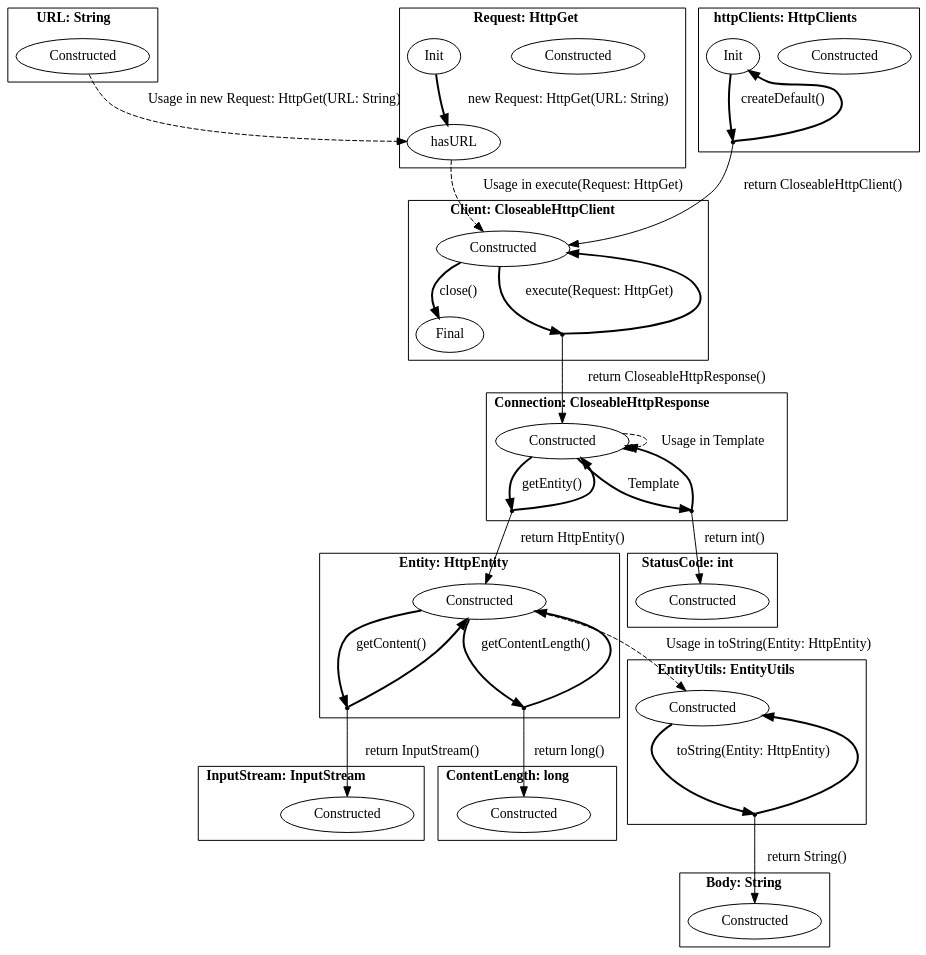
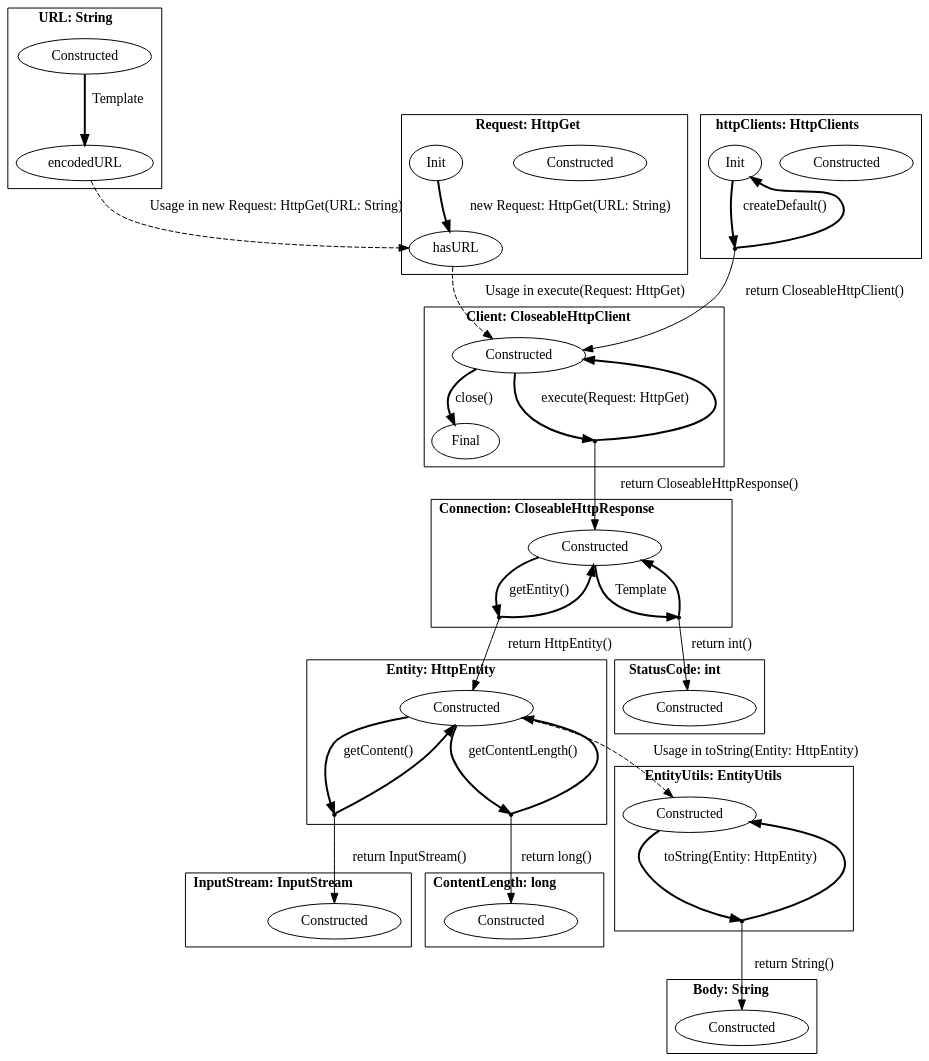
The diagram in pictures/apache.dot (h31/LibraryMigration), drawn with Graphviz before and after one commit. The commit also changed 11 other files, not shown here.

```diff
--- a/pictures/apache.dot
+++ b/pictures/apache.dot
@@ -1,85 +1,86 @@
 digraph G {
     bgcolor="transparent";
     subgraph cluster0 {
     label = <<B>URL: String</B>>;
         Constructed_URL [ label="Constructed" ];
+        encodedURL_URL [ label="encodedURL" ];
     }
     subgraph cluster1 {
     label = <<B>Request: HttpGet</B>>;
         Constructed_Request [ label="Constructed" ];
         hasURL_Request [ label="hasURL" ];
         Init_Request [ label="Init" ];
     }
     subgraph cluster2 {
     label = <<B>Client: CloseableHttpClient</B>>;
         Constructed_Client [ label="Constructed" ];
         Final_Client [ label="Final" ];
         virtual0 [ shape = point ];
     }
     subgraph cluster3 {
     label = <<B>Connection: CloseableHttpResponse</B>>;
         Constructed_Connection [ label="Constructed" ];
         virtual1 [ shape = point ];
         virtual2 [ shape = point ];
     }
     subgraph cluster4 {
     label = <<B>Body: String</B>>;
         Constructed_Body [ label="Constructed" ];
     }
     subgraph cluster5 {
     label = <<B>httpClients: HttpClients</B>>;
         Constructed_httpClients [ label="Constructed" ];
         Init_httpClients [ label="Init" ];
         virtual3 [ shape = point ];
     }
     subgraph cluster6 {
     label = <<B>InputStream: InputStream</B>>;
         Constructed_InputStream [ label="Constructed" ];
     }
     subgraph cluster7 {
     label = <<B>ContentLength: long</B>>;
         Constructed_ContentLength [ label="Constructed" ];
     }
     subgraph cluster8 {
     label = <<B>Entity: HttpEntity</B>>;
         Constructed_Entity [ label="Constructed" ];
         virtual4 [ shape = point ];
         virtual5 [ shape = point ];
     }
     subgraph cluster9 {
     label = <<B>EntityUtils: EntityUtils</B>>;
         Constructed_EntityUtils [ label="Constructed" ];
         virtual6 [ shape = point ];
     }
     subgraph cluster10 {
     label = <<B>StatusCode: int</B>>;
         Constructed_StatusCode [ label="Constructed" ];
     }
-        Constructed_URL -> hasURL_Request [ label="Usage in new Request: HttpGet(URL: String)", style = "dashed"  ];
+        Constructed_URL -> encodedURL_URL [ label="Template", style = "bold"  ];
+        encodedURL_URL -> hasURL_Request [ label="Usage in new Request: HttpGet(URL: String)", style = "dashed"  ];
         Init_Request -> hasURL_Request [ label="new Request: HttpGet(URL: String)", style = "bold"  ];
         hasURL_Request -> Constructed_Client [ label="Usage in execute(Request: HttpGet)", style = "dashed"  ];
         Constructed_Client -> virtual0 [ style = "bold" label="execute(Request: HttpGet)"  ];
         virtual0 -> Constructed_Client [ style = "bold"  ];
         virtual0 -> Constructed_Connection [ label="return CloseableHttpResponse()"  ];
         Constructed_Client -> Final_Client [ label="close()", style = "bold"  ];
         Constructed_Connection -> virtual1 [ style = "bold" label="getEntity()"  ];
         virtual1 -> Constructed_Connection [ style = "bold"  ];
         virtual1 -> Constructed_Entity [ label="return HttpEntity()"  ];
         Constructed_Connection -> virtual2 [ style = "bold" label="Template"  ];
         virtual2 -> Constructed_Connection [ style = "bold"  ];
         virtual2 -> Constructed_StatusCode [ label="return int()"  ];
-        Constructed_Connection -> Constructed_Connection [ label="Usage in Template", style = "dashed"  ];
         Init_httpClients -> virtual3 [ style = "bold" label="createDefault()"  ];
         virtual3 -> Init_httpClients [ style = "bold"  ];
         virtual3 -> Constructed_Client [ label="return CloseableHttpClient()"  ];
         Constructed_Entity -> Constructed_EntityUtils [ label="Usage in toString(Entity: HttpEntity)", style = "dashed"  ];
         Constructed_Entity -> virtual4 [ style = "bold" label="getContent()"  ];
         virtual4 -> Constructed_Entity [ style = "bold"  ];
         virtual4 -> Constructed_InputStream [ label="return InputStream()"  ];
         Constructed_Entity -> virtual5 [ style = "bold" label="getContentLength()"  ];
         virtual5 -> Constructed_Entity [ style = "bold"  ];
         virtual5 -> Constructed_ContentLength [ label="return long()"  ];
         Constructed_EntityUtils -> virtual6 [ style = "bold" label="toString(Entity: HttpEntity)"  ];
         virtual6 -> Constructed_EntityUtils [ style = "bold"  ];
         virtual6 -> Constructed_Body [ label="return String()"  ];
 }
```
